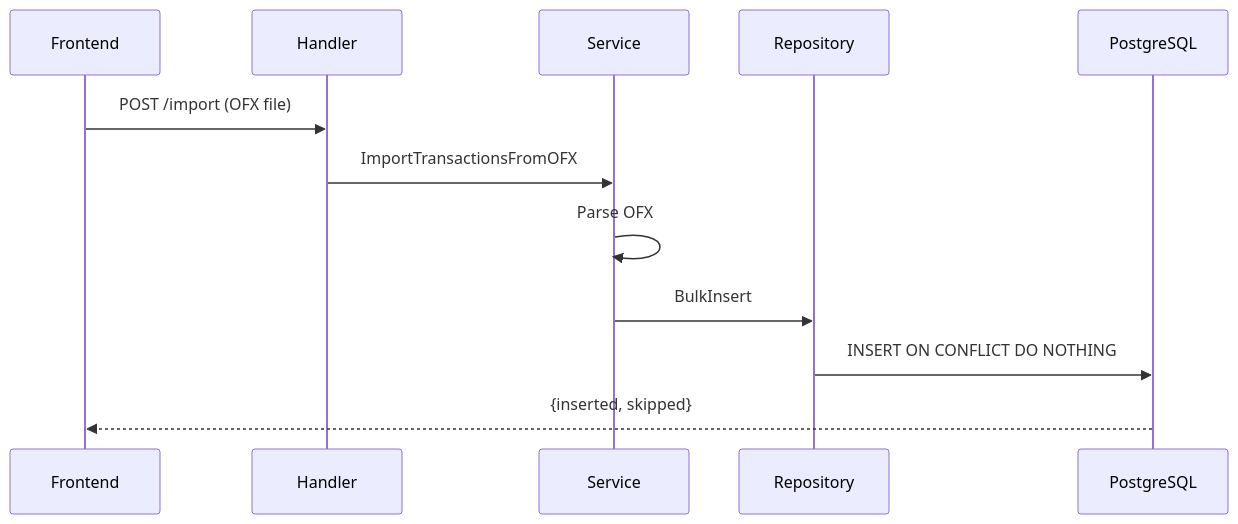
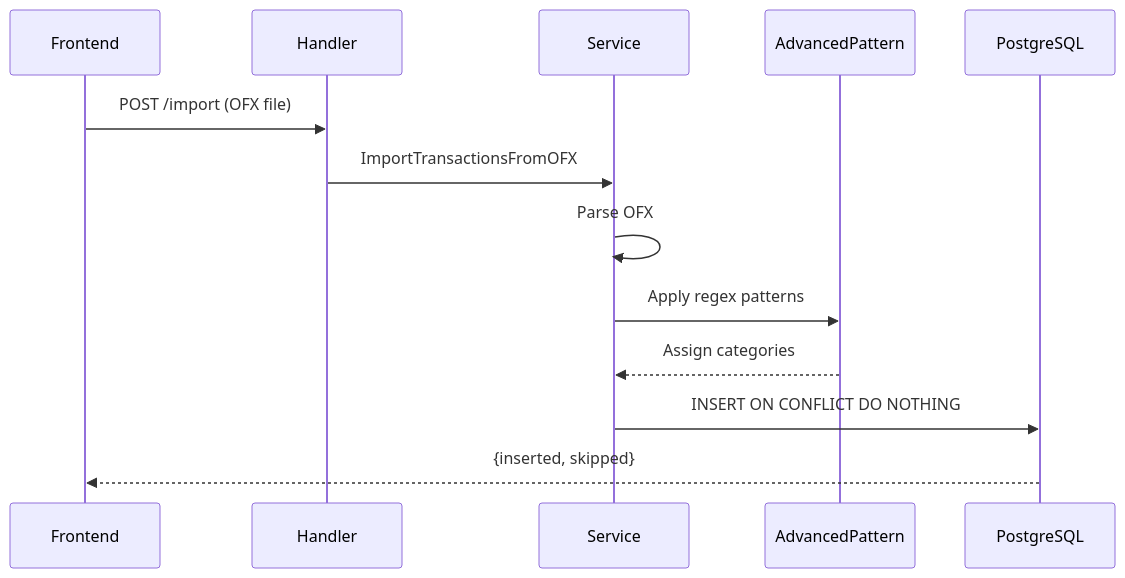
One commit to lucastamoios/celeiro changed the second of 4 diagrams in docs/architecture.md. Above: the diagram before and after it, drawn with Mermaid. The commit also changed other lines of this file and 6 other files, not shown here.

````diff
--- a/docs/architecture.md
+++ b/docs/architecture.md
@@ -82,15 +108,16 @@
 ```mermaid
 sequenceDiagram
     participant FE as Frontend
     participant H as Handler
     participant S as Service
-    participant R as Repository
+    participant AP as AdvancedPattern
     participant DB as PostgreSQL
 
     FE->>H: POST /import (OFX file)
     H->>S: ImportTransactionsFromOFX
     S->>S: Parse OFX
-    S->>R: BulkInsert
-    R->>DB: INSERT ON CONFLICT DO NOTHING
+    S->>AP: Apply regex patterns
+    AP-->>S: Assign categories
+    S->>DB: INSERT ON CONFLICT DO NOTHING
     DB-->>FE: {inserted, skipped}
 ```
````
